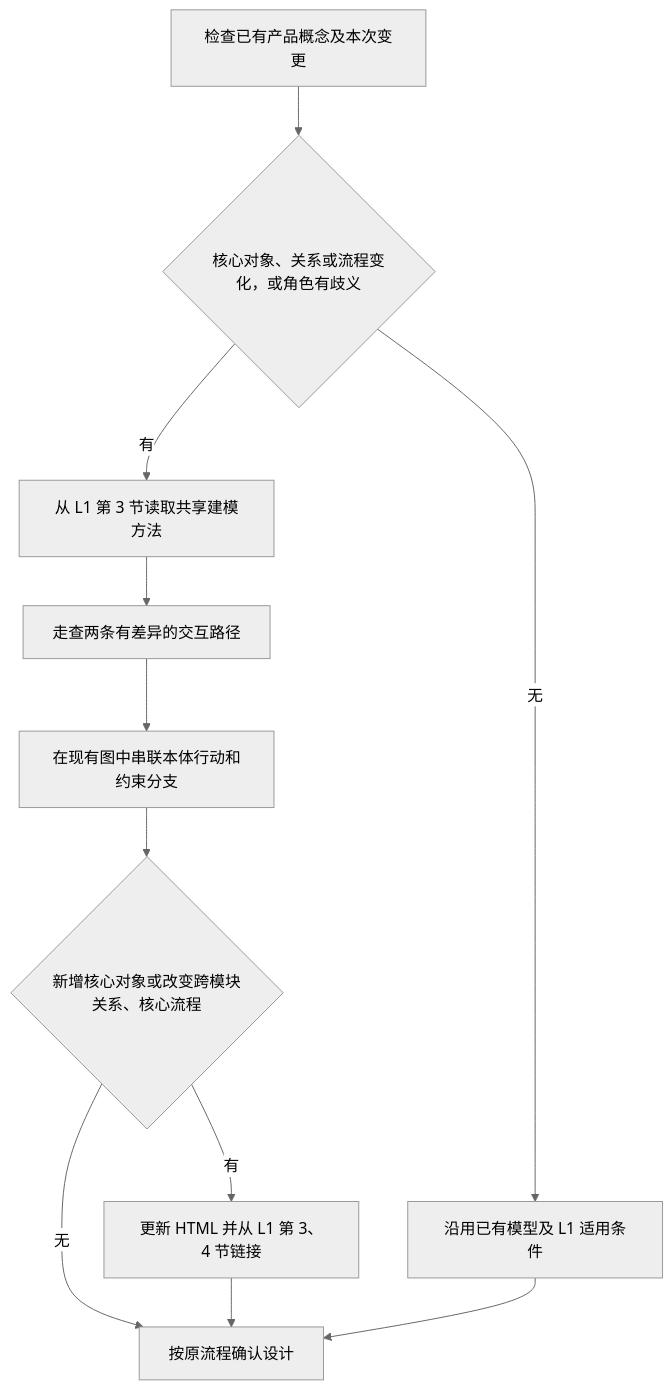
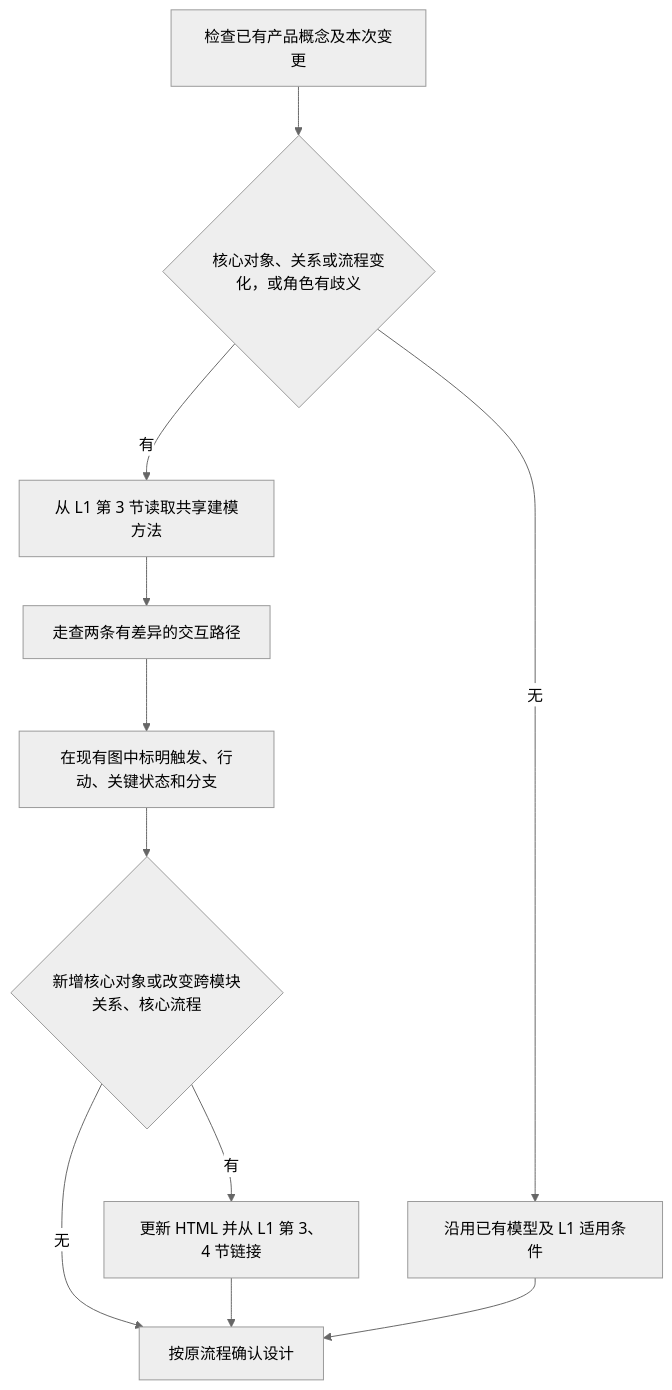
One commit to xforce-io/keel changed the diagram in docs/design/62-product-ontology-method/product.md. Above: the diagram before and after it, drawn with Mermaid (neutral theme). The commit also changed other lines of this file and 4 other files, not shown here.

````diff
--- a/docs/design/62-product-ontology-method/product.md
+++ b/docs/design/62-product-ontology-method/product.md
@@ -21,13 +21,13 @@
 ```mermaid
 flowchart TD
   A[检查已有产品概念及本次变更] --> B{核心对象、关系或流程变化，或角色有歧义}
   B -->|有| C[从 L1 第 3 节读取共享建模方法]
   C --> D[走查两条有差异的交互路径]
-  D --> E[在现有图中串联本体行动和约束分支]
+  D --> E[在现有图中标明触发、行动、关键状态和分支]
   B -->|无| F[沿用已有模型及 L1 适用条件]
   E --> H{新增核心对象或改变跨模块关系、核心流程}
   H -->|有| I[更新 HTML 并从 L1 第 3、4 节链接]
   H -->|无| G[按原流程确认设计]
   I --> G
   F --> G
 ```
````
